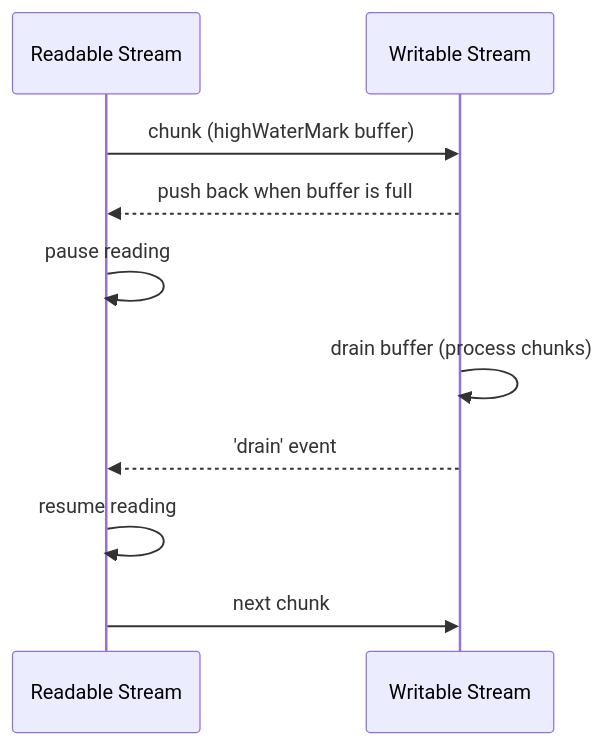
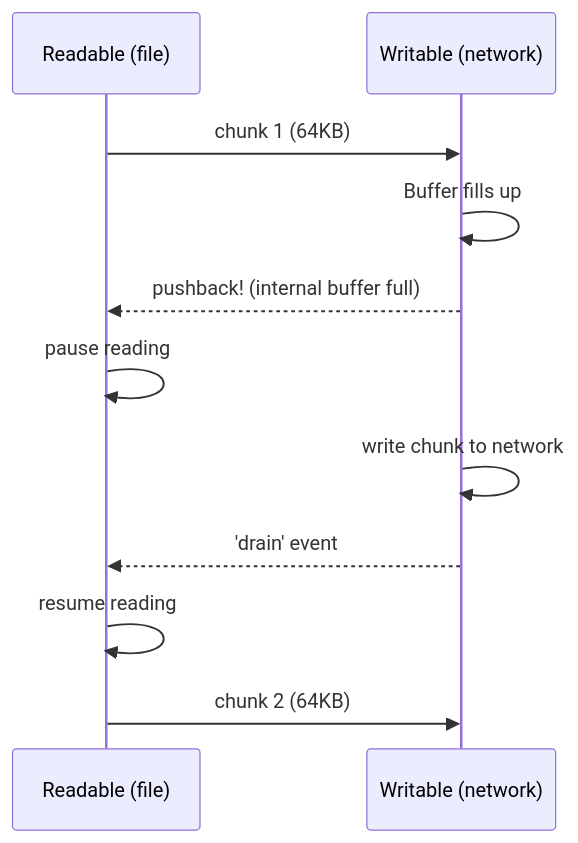
The fourth of 4 diagrams in dsa-docs/src/content/docs/nodejs/core/streams-and-buffers.md (prathameshp107/Astro-Docs-Sitre), drawn with Mermaid before and after one commit. The commit also changed other lines of this file and 50 other files, not shown here.

````diff
--- a/dsa-docs/src/content/docs/nodejs/core/streams-and-buffers.md
+++ b/dsa-docs/src/content/docs/nodejs/core/streams-and-buffers.md
@@ -125,13 +166,13 @@
 ```mermaid
 sequenceDiagram
-    participant R as Readable Stream
-    participant W as Writable Stream
-    
-    R->>W: chunk (highWaterMark buffer)
-    W-->>R: push back when buffer is full
+    participant R as Readable (file)
+    participant W as Writable (network)
+    R->>W: chunk 1 (64KB)
+    W->>W: Buffer fills up
+    W-->>R: pushback! (internal buffer full)
     R->>R: pause reading
-    W->>W: drain buffer (process chunks)
+    W->>W: write chunk to network
     W-->>R: 'drain' event
     R->>R: resume reading
-    R->>W: next chunk
+    R->>W: chunk 2 (64KB)
 ```
````
